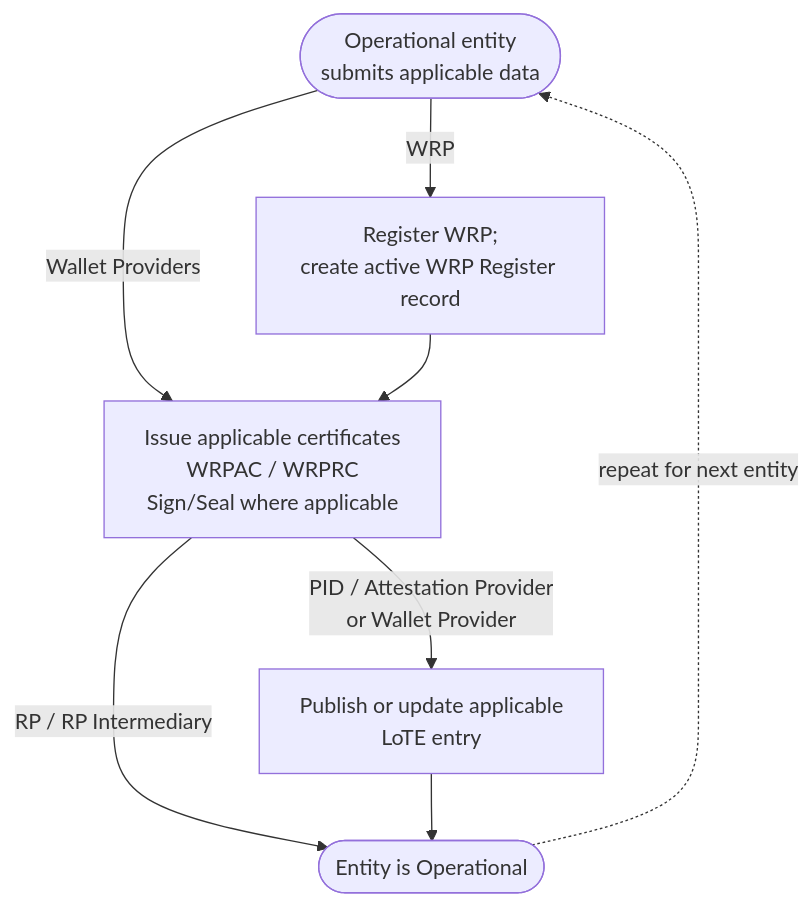
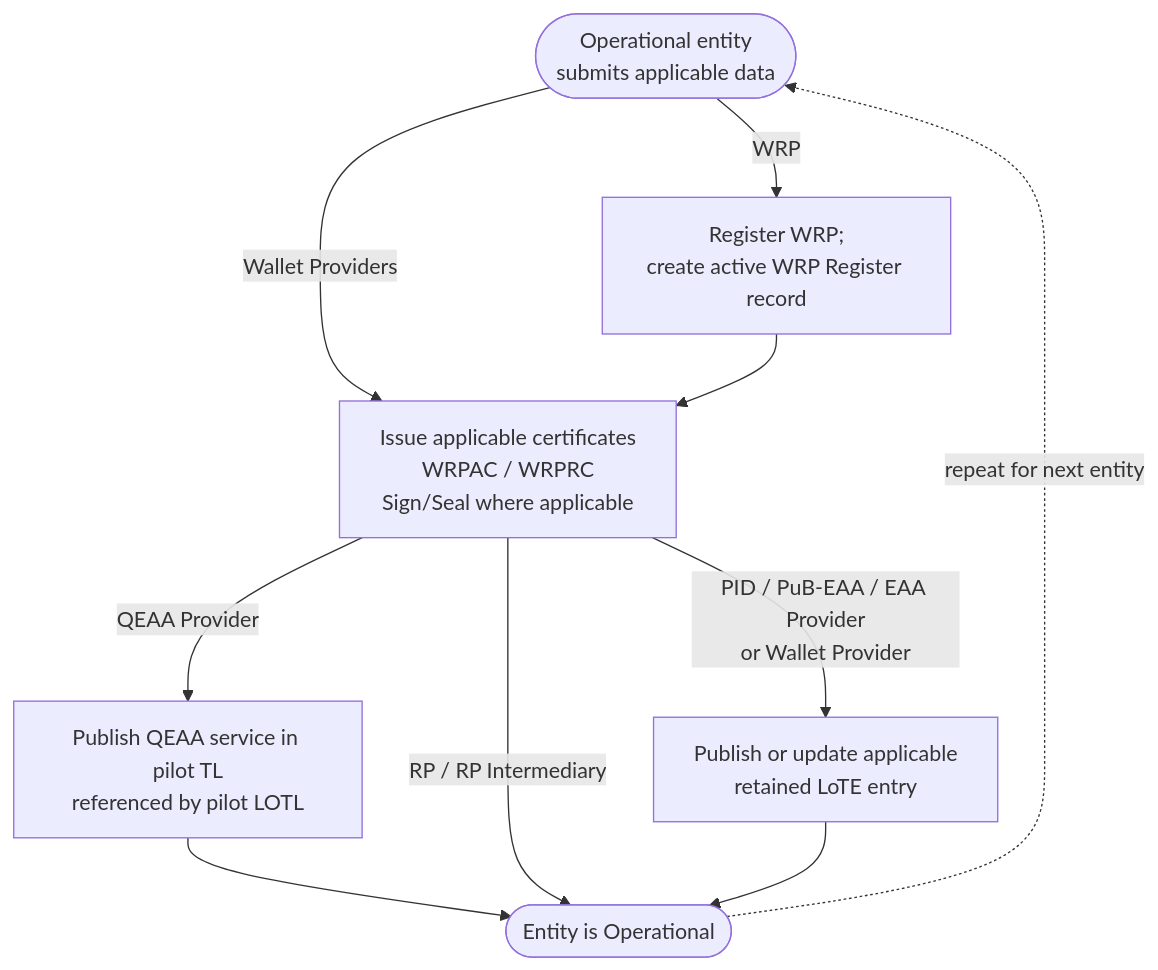
The third of 3 diagrams in docs/topics/trust-architecture.md (APTITUDE-Consortium/wp2-trust-specifications), drawn with Mermaid before and after one commit. The commit also changed other lines of this file and 1 other file, not shown here.

````diff
--- a/docs/topics/trust-architecture.md
+++ b/docs/topics/trust-architecture.md
@@ -150,16 +157,19 @@
 ```mermaid
 flowchart TD
     ENTITY(["Operational entity<br/>submits applicable data"])
     REG["Register WRP;<br/>create active WRP Register record"]
     CERT["Issue applicable certificates<br/>WRPAC / WRPRC<br/>Sign/Seal where applicable"]
-    PUB["Publish or update applicable<br/>LoTE entry"]
+    PUB["Publish or update applicable<br/>retained LoTE entry"]
+    QPUB["Publish QEAA service in pilot TL<br/>referenced by pilot LOTL"]
     ACTIVE(["Entity is Operational"])
 
     ENTITY -->|"WRP"| REG
     ENTITY -->|"Wallet Providers"| CERT
     REG --> CERT
-    CERT -->|"PID / Attestation Provider<br/>or Wallet Provider"| PUB
+    CERT -->|"PID / PuB-EAA / EAA Provider<br/>or Wallet Provider"| PUB
+    CERT -->|"QEAA Provider"| QPUB
+    QPUB --> ACTIVE
     CERT -->|"RP / RP Intermediary"| ACTIVE
     PUB --> ACTIVE
     ACTIVE -.->|"repeat for next entity"| ENTITY
 ```
````
